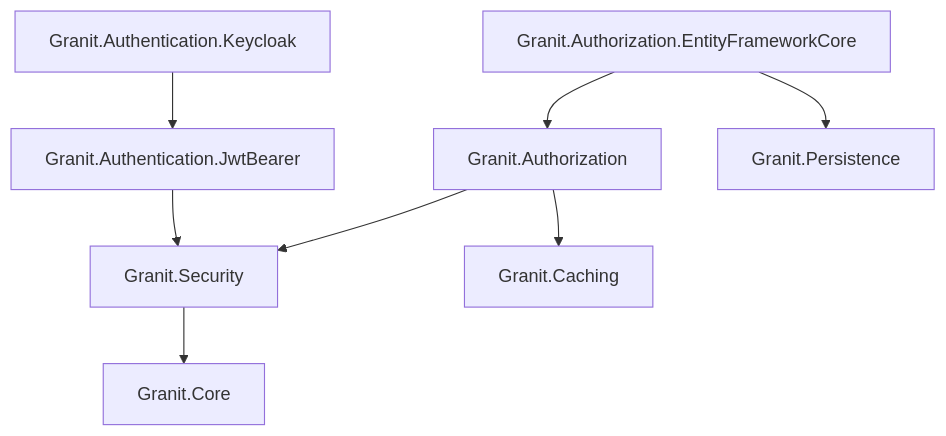
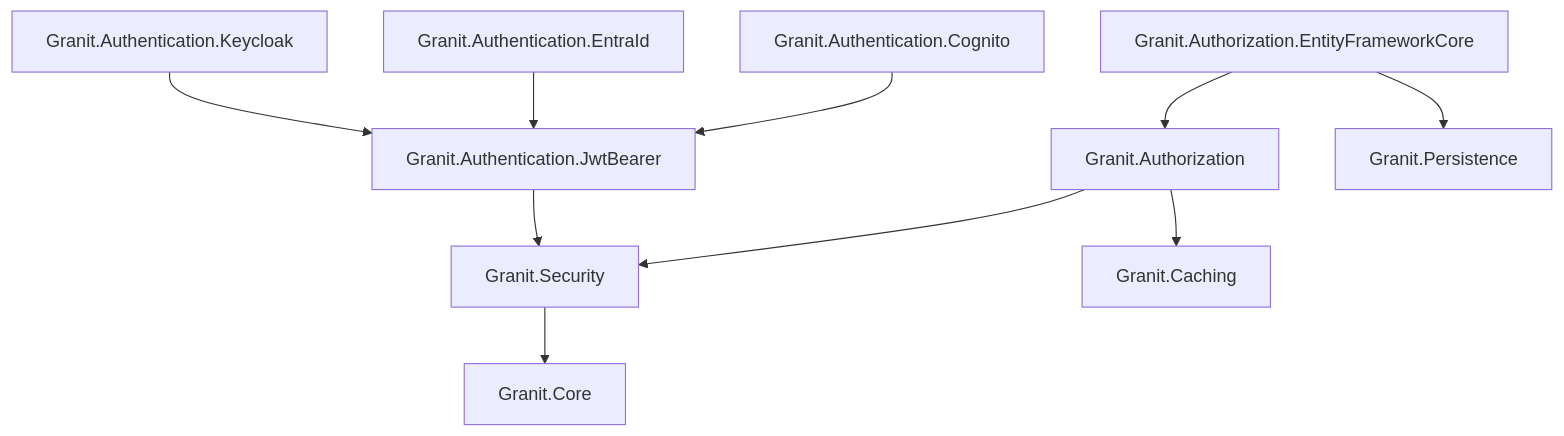
Before and after one commit to enraiz/granit-dotnet: the first of 2 diagrams in docs-site/src/content/docs/reference/modules/security.mdx, drawn with Mermaid. The commit also changed other lines of this file and 14 other files, not shown here.

````diff
--- a/docs-site/src/content/docs/reference/modules/security.mdx
+++ b/docs-site/src/content/docs/reference/modules/security.mdx
@@ -34,10 +39,12 @@
 ```mermaid
 graph TD
     S[Granit.Security] --> C[Granit.Core]
     JWT[Granit.Authentication.JwtBearer] --> S
     KC[Granit.Authentication.Keycloak] --> JWT
+    EID[Granit.Authentication.EntraId] --> JWT
+    CG[Granit.Authentication.Cognito] --> JWT
     AZ[Granit.Authorization] --> S
     AZ --> CA[Granit.Caching]
     AZEF[Granit.Authorization.EntityFrameworkCore] --> AZ
     AZEF --> P[Granit.Persistence]
 ```
````
